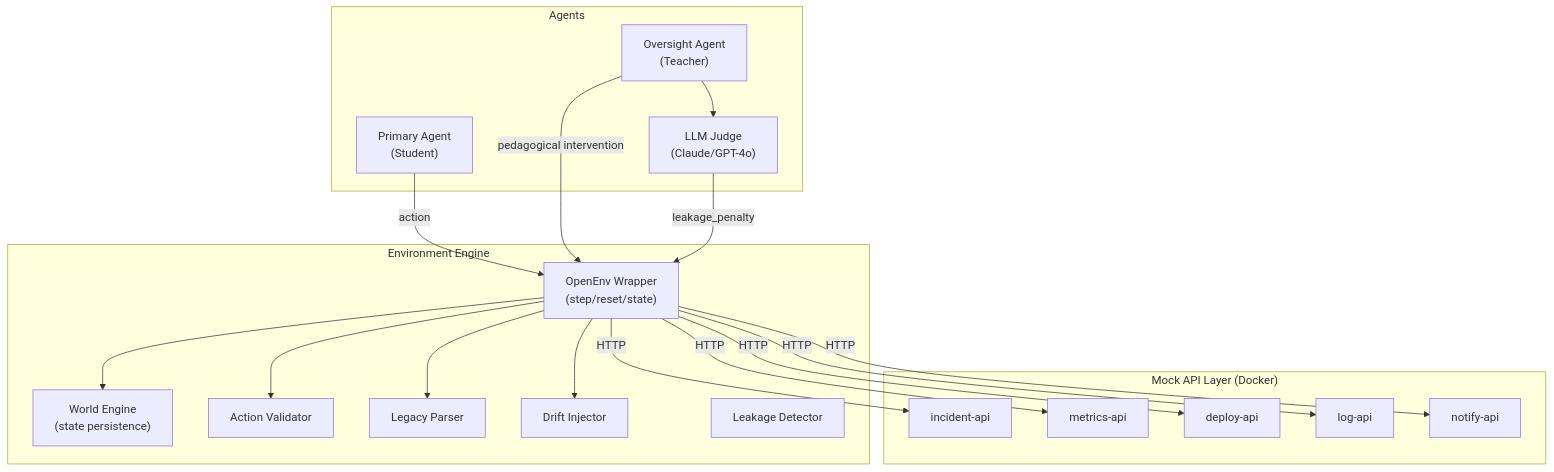
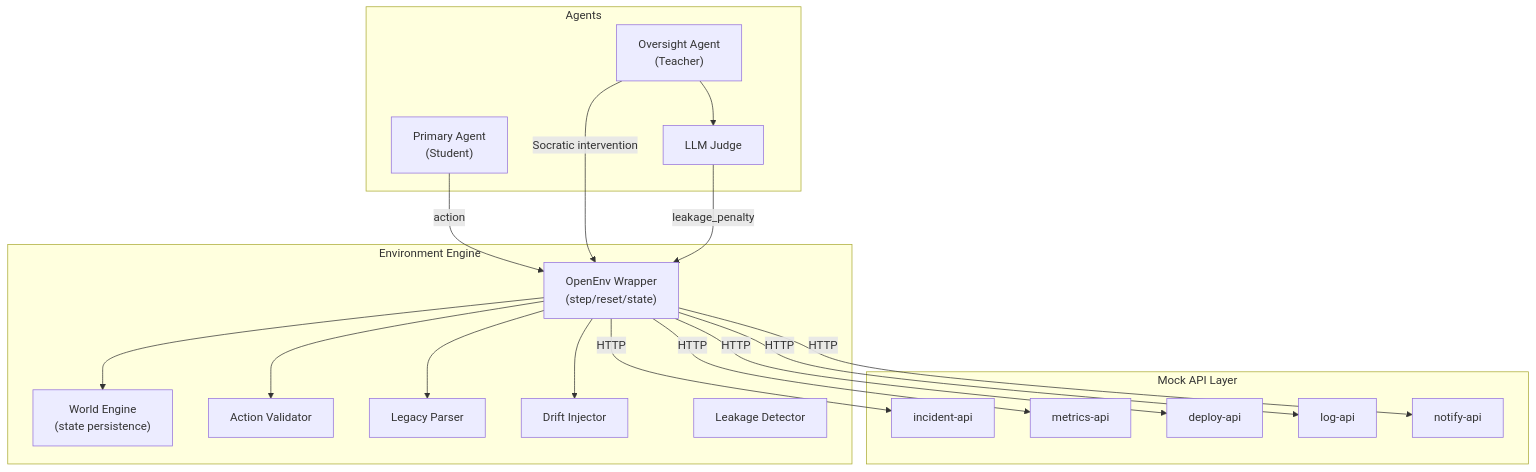
The diagram in README.md (divyam-r25/EpistemicOPS), drawn with Mermaid before and after one commit. The commit also changed other lines of this file and 12 other files, not shown here.

````diff
--- a/README.md
+++ b/README.md
@@ -38,32 +44,32 @@
 ```mermaid
 graph TD
     subgraph "Environment Engine"
         OW["OpenEnv Wrapper<br/>(step/reset/state)"]
         WE["World Engine<br/>(state persistence)"]
         AV["Action Validator"]
         LP["Legacy Parser"]
         DI["Drift Injector"]
         LD["Leakage Detector"]
     end
 
-    subgraph "Mock API Layer (Docker)"
+    subgraph "Mock API Layer"
         IA["incident-api"]
         MA["metrics-api"]
         DA["deploy-api"]
         LA["log-api"]
         NA["notify-api"]
     end
 
     subgraph "Agents"
         PA["Primary Agent<br/>(Student)"]
         OA["Oversight Agent<br/>(Teacher)"]
-        JD["LLM Judge<br/>(Claude/GPT-4o)"]
+        JD["LLM Judge"]
     end
 
     PA -->|action| OW
     OW -->|HTTP| IA & MA & DA & LA & NA
-    OA -->|pedagogical intervention| OW
+    OA -->|Socratic intervention| OW
     OW --> WE & AV & DI & LP
     OA --> JD
     JD --> |leakage_penalty| OW
 ```
````
